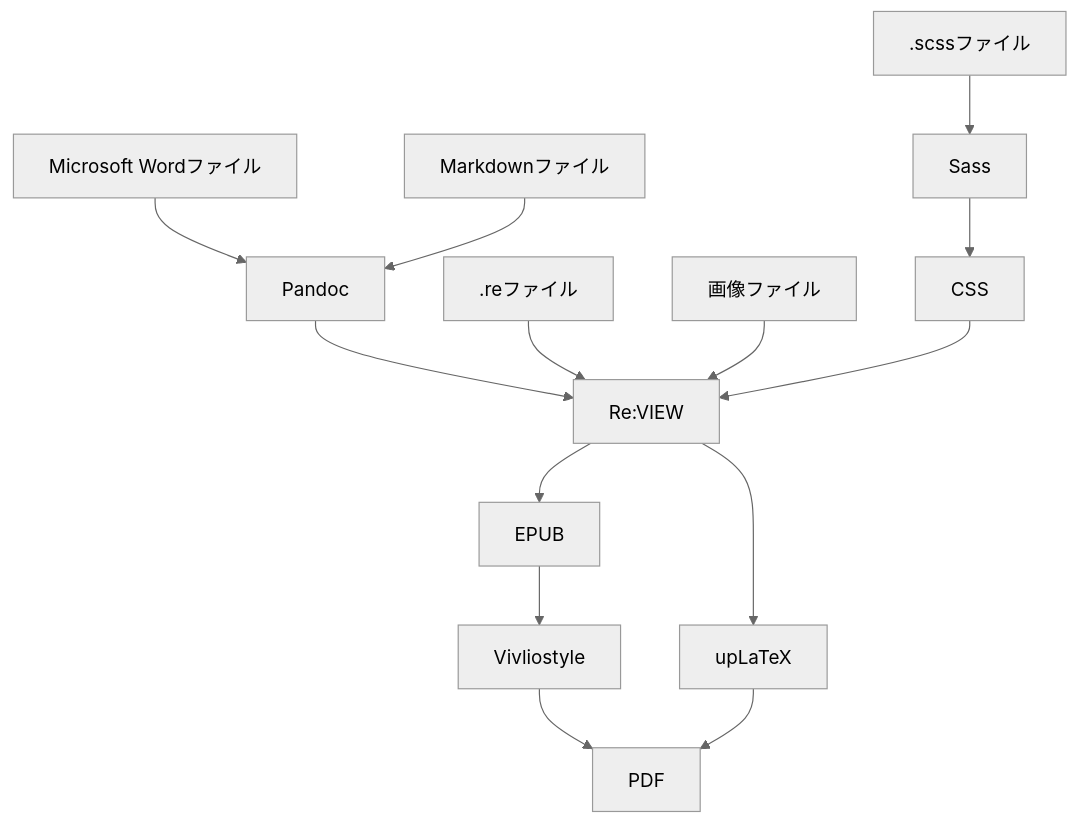
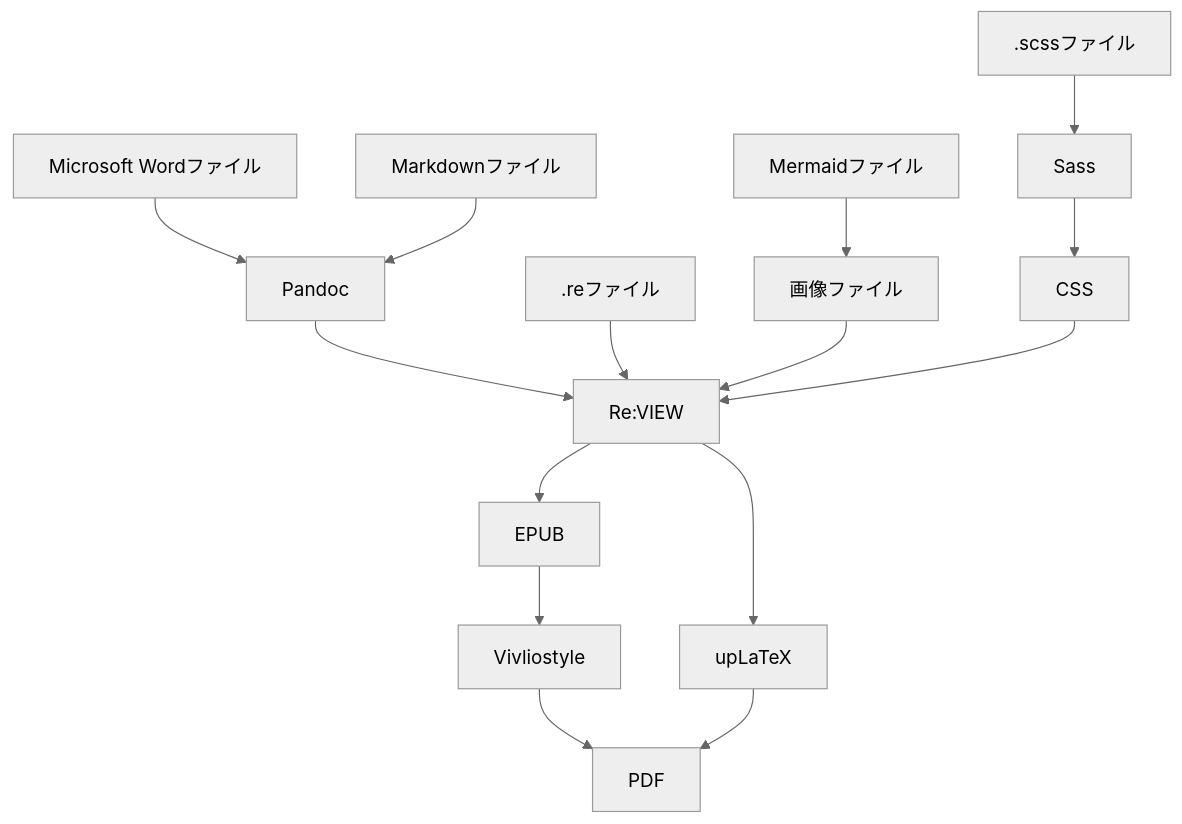
The diagram in images/shikumi.mermaid (huidetang/inokashira-review-template), drawn with Mermaid (neutral theme) before and after one commit. The commit also changed 5 other files, not shown here.

```diff
--- a/images/shikumi.mermaid
+++ b/images/shikumi.mermaid
@@ -1,14 +1,15 @@
 graph TD
    docx[Microsoft Wordファイル] --> pandoc[Pandoc]
    md[Markdownファイル] --> pandoc
    pandoc --> review[Re:VIEW]
    re[.reファイル] --> review
-   image[画像ファイル] --> review
+   mermaid[Mermaidファイル] --> image[画像ファイル] 
+   image --> review
    scss[.scssファイル] --> sass[Sass]
    sass --> css[CSS]
    css --> review
    review --> epub[EPUB]
    review --> uplatex[upLaTeX]
    epub --> vivliostyle[Vivliostyle]
    vivliostyle --> pdf[PDF]
    uplatex --> pdf
```
